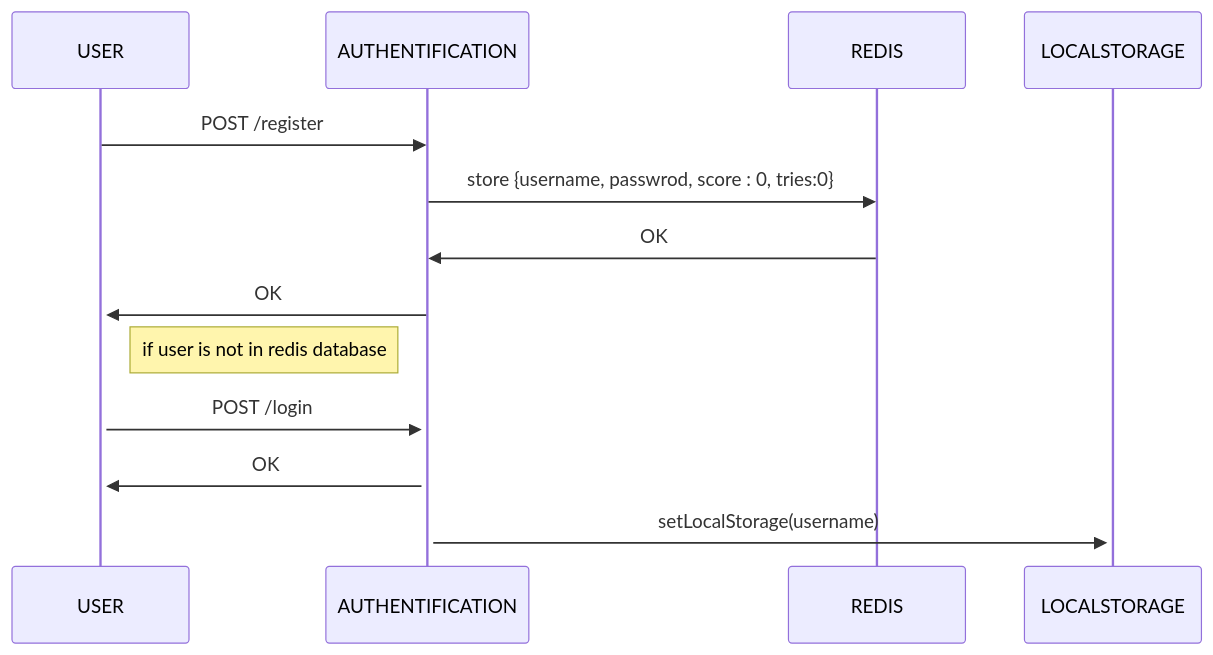
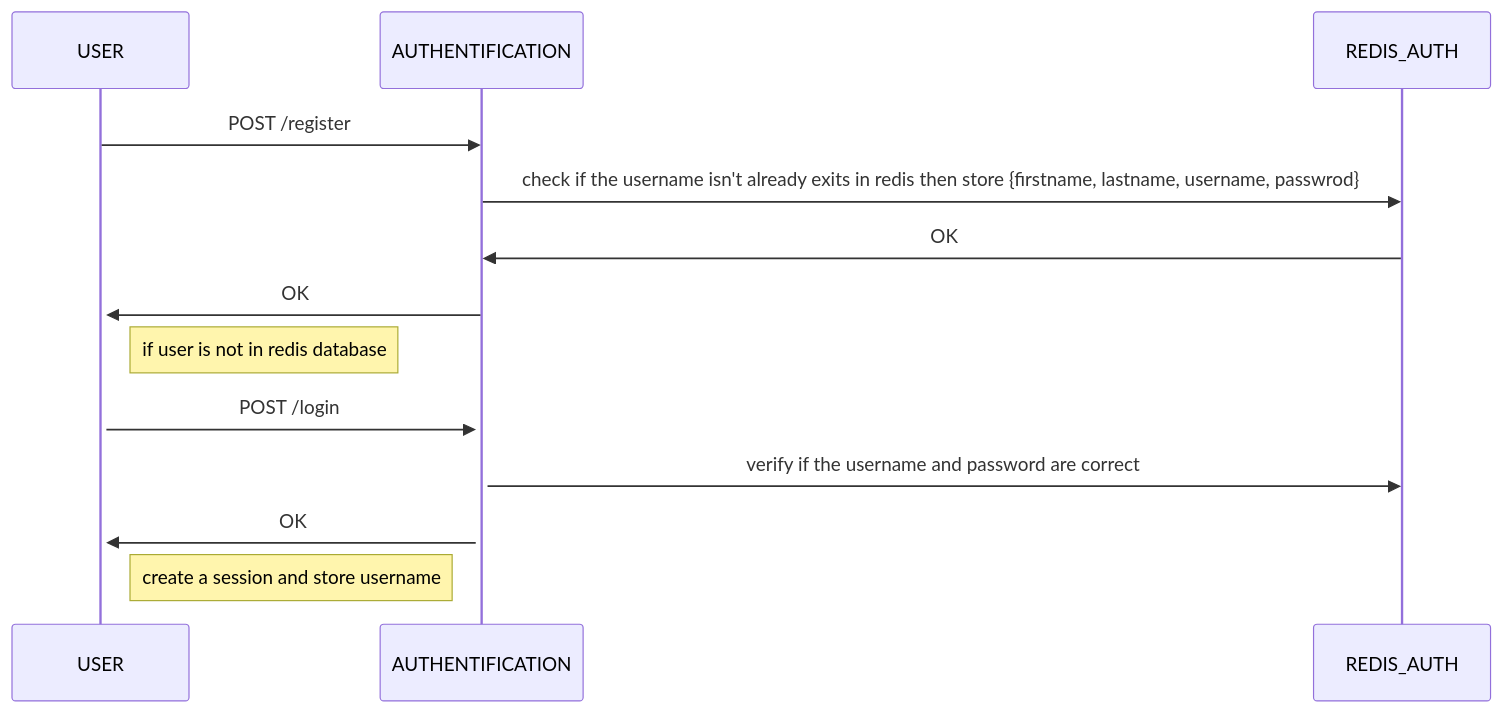
The first of 3 diagrams in README.md (essadany/motus), drawn with Mermaid before and after one commit. The commit also changed other lines of this file, not shown here.

````diff
--- a/README.md
+++ b/README.md
@@ -2,11 +2,12 @@
 ```mermaid
 sequenceDiagram
     USER->>AUTHENTIFICATION:POST /register
-    AUTHENTIFICATION->>REDIS: store {username, passwrod, score : 0, tries:0}
-    REDIS->>AUTHENTIFICATION:OK
+    AUTHENTIFICATION->>REDIS_AUTH: check if the username isn't already exits in redis then store {firstname, lastname, username, passwrod}
+    REDIS_AUTH->>AUTHENTIFICATION:OK
     AUTHENTIFICATION->>+USER:OK
     note right of USER : if user is not in redis database
     USER->>+AUTHENTIFICATION: POST /login
+    AUTHENTIFICATION->>REDIS_AUTH: verify if the username and password are correct
     AUTHENTIFICATION->>USER:OK
-    AUTHENTIFICATION->>+LOCALSTORAGE : setLocalStorage(username)
+    note left of AUTHENTIFICATION: create a session and store username
 ```
````
